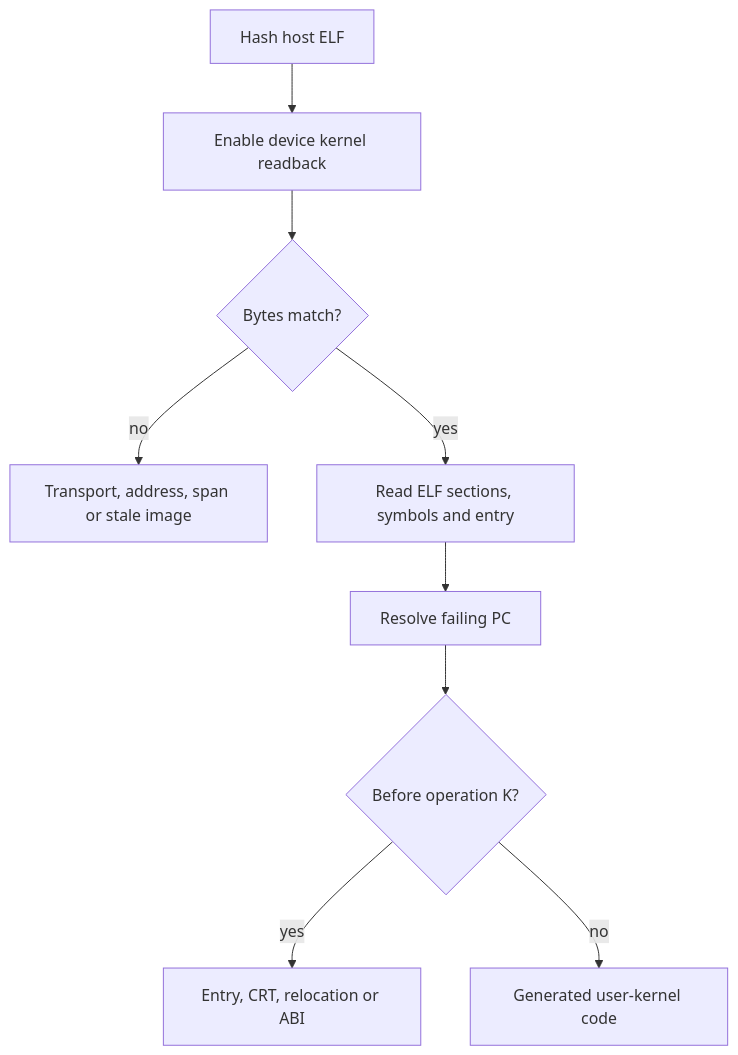
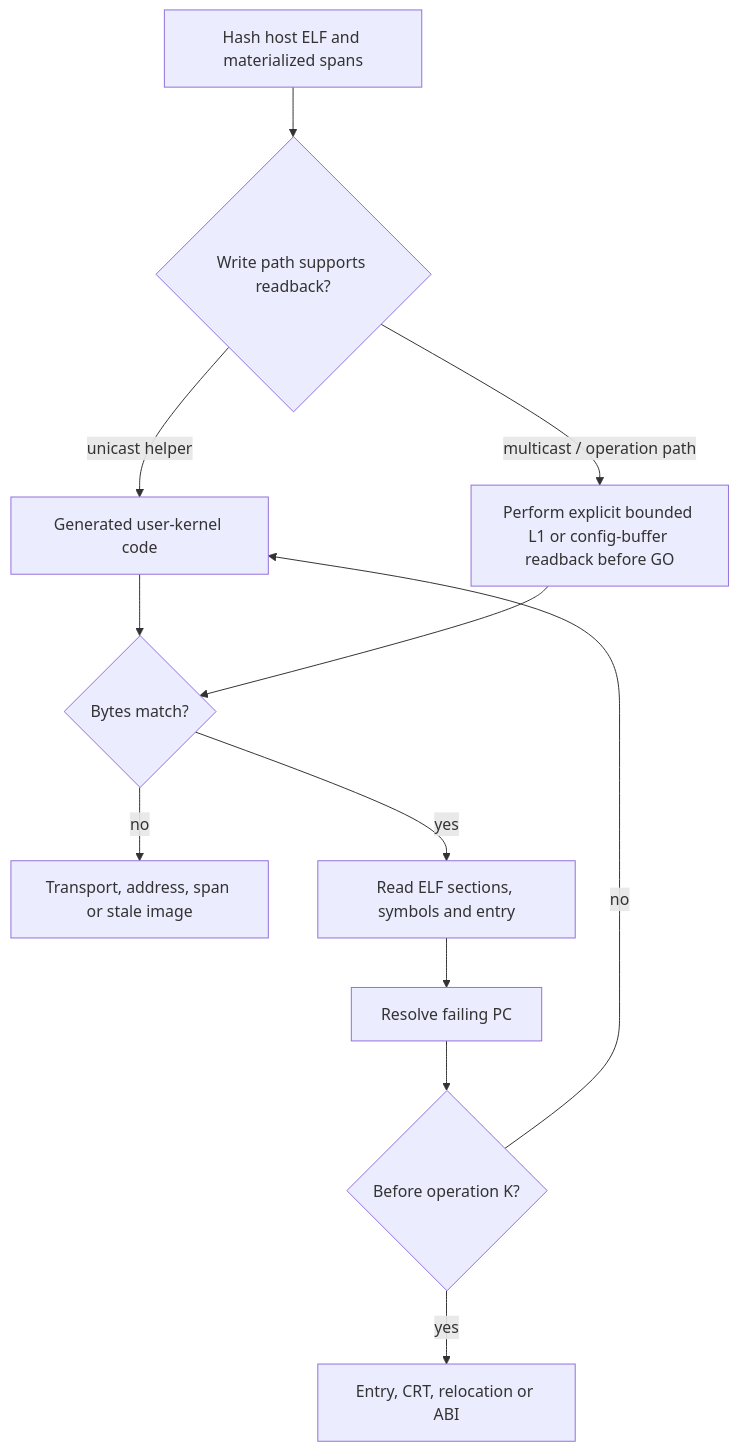
One commit to buicongnguyen/tt-sim changed the ninth of 12 diagrams in public/DISCUSSION_BLACKHOLE_BRINGUP.md. Above: the diagram before and after it, drawn with Mermaid. The commit also changed other lines of this file and 4 other files, not shown here.

````diff
--- a/public/DISCUSSION_BLACKHOLE_BRINGUP.md
+++ b/public/DISCUSSION_BLACKHOLE_BRINGUP.md
@@ -328,11 +648,14 @@
 ```mermaid
 flowchart TD
-    H[Hash host ELF] --> R[Enable device kernel readback]
-    R --> M{Bytes match?}
+    H[Hash host ELF and materialized spans] --> R{Write path supports readback?}
+    R -- unicast helper --> U[Enable helper and preserve comparison]
+    R -- multicast / operation path --> X[Perform explicit bounded L1 or config-buffer readback before GO]
+    U --> M{Bytes match?}
+    X --> M
     M -- no --> T[Transport, address, span or stale image]
     M -- yes --> S[Read ELF sections, symbols and entry]
     S --> P[Resolve failing PC]
     P --> B{Before operation K?}
     B -- yes --> A[Entry, CRT, relocation or ABI]
     B -- no --> U[Generated user-kernel code]
 ```
````
